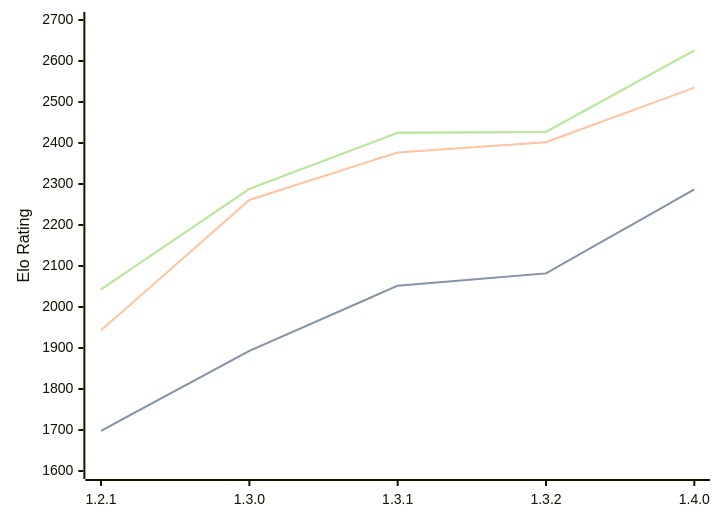
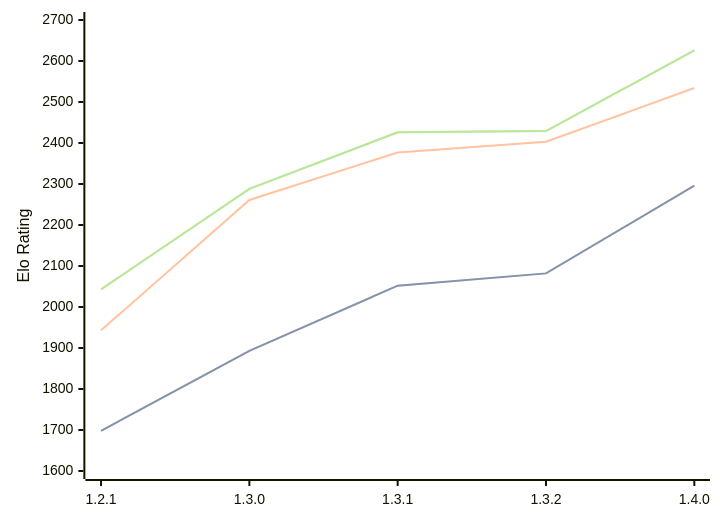
Before and after one commit to computer-chess-index/cci: the diagram in engines/Chal.md, drawn with Mermaid. The commit also changed other lines of this file, not shown here.

Commit message:
Update CCI Ratings (ELO VLTC) - 2026-04-25

````diff
--- a/engines/Chal.md
+++ b/engines/Chal.md
@@ -38,11 +38,11 @@
 ```mermaid
 %%{init: {"theme":"base","themeVariables":{"seriesColors:['#a3a3a3','#222221','#faa371']}}}%%
 xychart-beta
   x-axis ["1.2.1", "1.3.0", "1.3.1", "1.3.2", "1.4.0"]
   y-axis "Elo Rating" 1600 --> 2700
-  line "STC (8.0+0.08s)" [1698, 1893, 2052, 2082, 2287]
-  line "STC (8.0+0.08s)" [1698, 1893, 2052, 2082, 2287]
-  line "LTC (60.0+0.60s)" [1943, 2261, 2377, 2402, 2535]
-  line "VLTC (2m24s+1.12s)" [2043, 2288, 2425, 2427, 2626]
-  line "VLTC (2m24s+1.12s)" [2043, 2288, 2425, 2427, 2626]
+  line "STC (8.0+0.08s)" [1698, 1893, 2052, 2082, 2296]
+  line "STC (8.0+0.08s)" [1698, 1893, 2052, 2082, 2296]
+  line "LTC (60.0+0.60s)" [1943, 2261, 2377, 2403, 2534]
+  line "VLTC (2m24s+1.12s)" [2043, 2288, 2426, 2429, 2626]
+  line "VLTC (2m24s+1.12s)" [2043, 2288, 2426, 2429, 2626]
 ```
````
